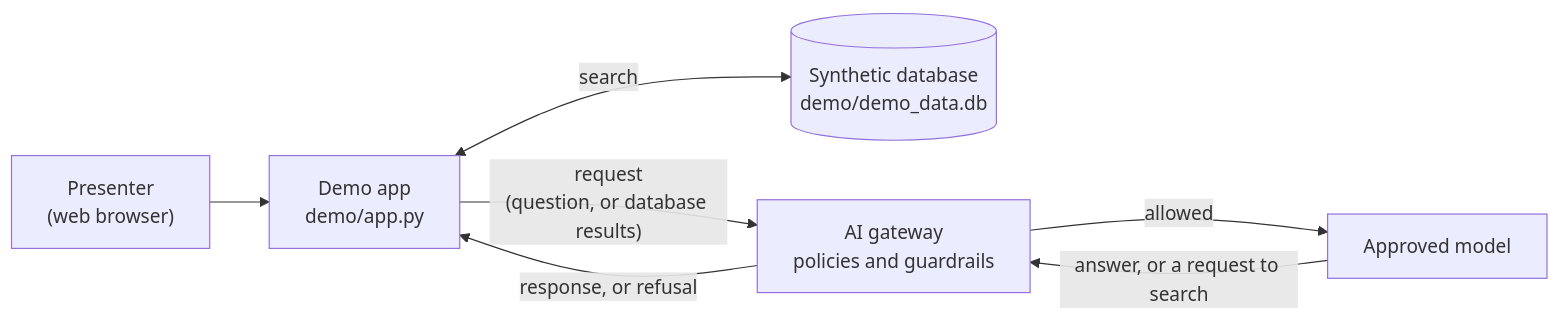
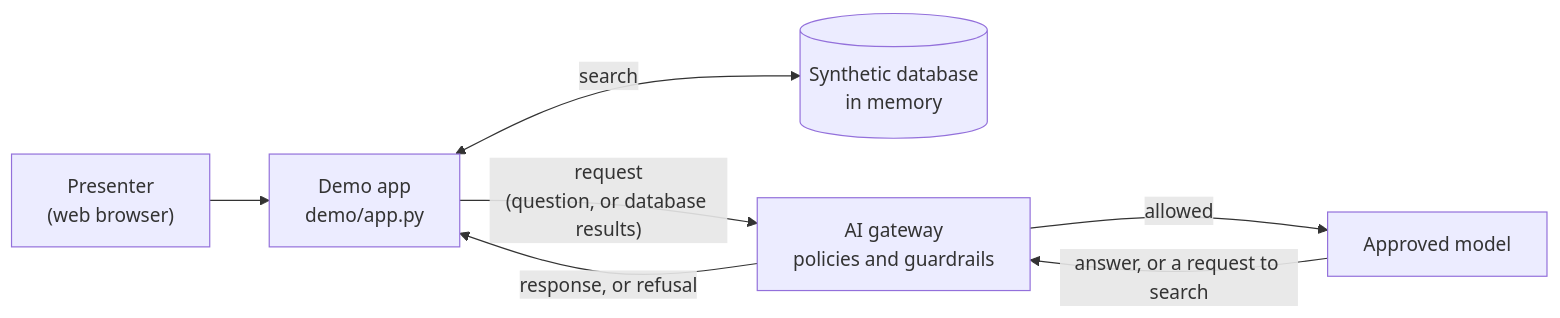
Before and after one commit to cruzbuilds/basic-chat-demo: the diagram in architecture/README.md, drawn with Mermaid. The commit also changed other lines of this file and 8 other files, not shown here.

Commit message:
Fixes from user testing: scroll, safer requests, raw responses, in-memory data, clearer docs

````diff
--- a/architecture/README.md
+++ b/architecture/README.md
@@ -5,9 +5,9 @@
 ```mermaid
 flowchart LR
     U["Presenter<br/>(web browser)"] --> A["Demo app<br/>demo/app.py"]
-    A <-- "search" --> D[("Synthetic database<br/>demo/demo_data.db")]
+    A <-- "search" --> D[("Synthetic database<br/>in memory")]
     A -- "request<br/>(question, or database results)" --> G["AI gateway<br/>policies and guardrails"]
     G -- "allowed" --> M["Approved model"]
     M -- "answer, or a request to search" --> G
     G -- "response, or refusal" --> A
 ```
````
